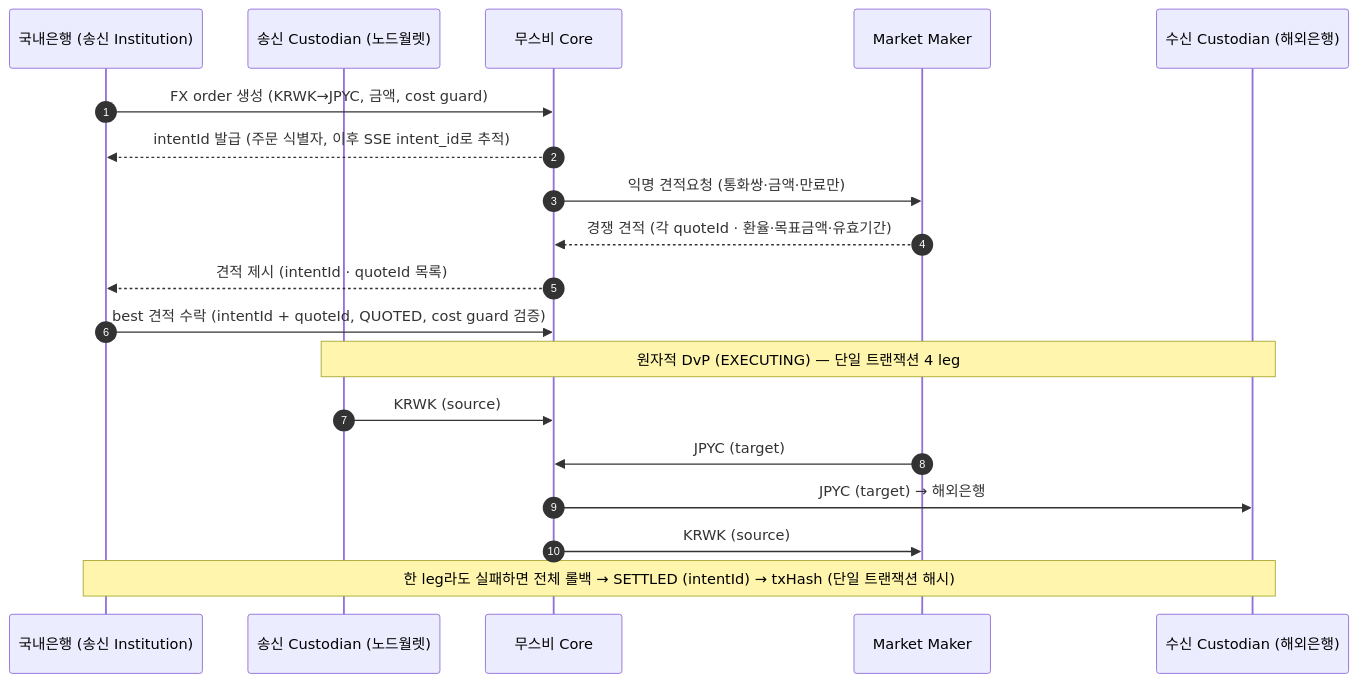
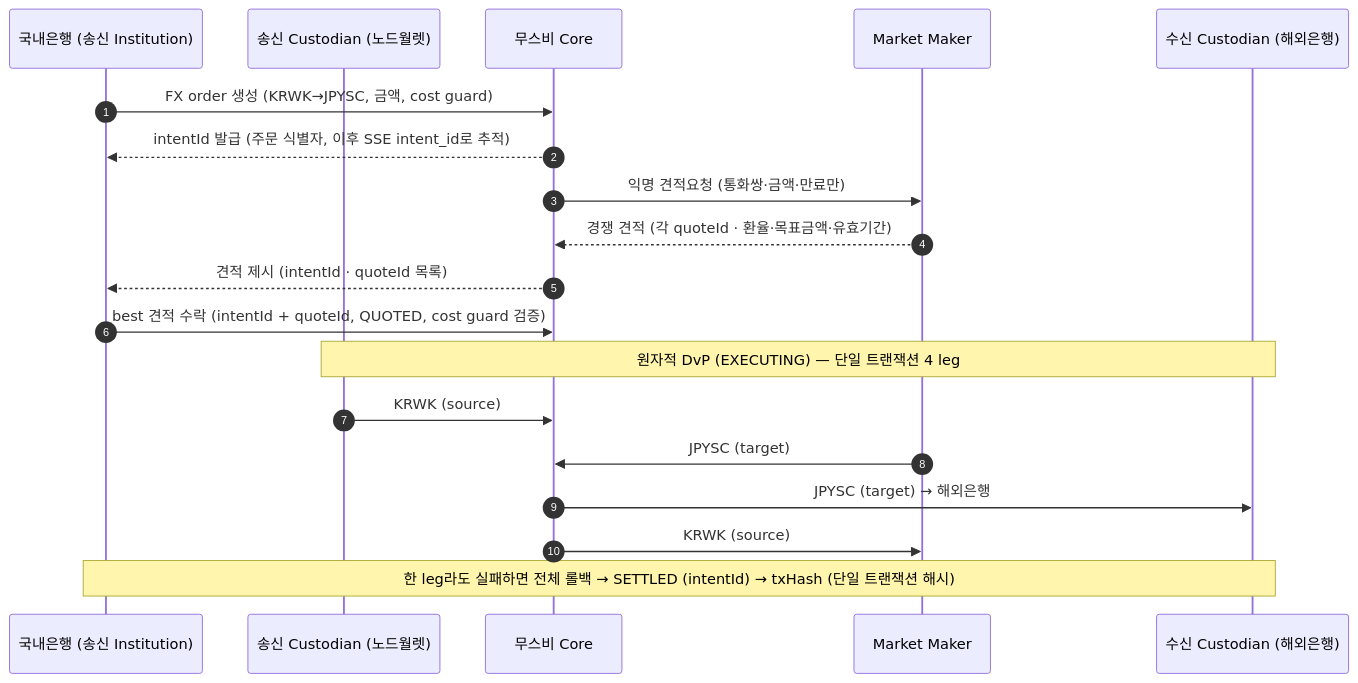
Before and after one commit to eunsujeo/canton-docs: the second of 3 diagrams in dev/docs/poc/architecture.md, drawn with Mermaid. The commit also changed other lines of this file and 5 other files, not shown here.

````diff
--- a/dev/docs/poc/architecture.md
+++ b/dev/docs/poc/architecture.md
@@ -70,21 +70,21 @@
 ```mermaid
 sequenceDiagram
     autonumber
     participant I as 국내은행 (송신 Institution)
     participant SC as 송신 Custodian (노드월렛)
     participant V as 무스비 Core
     participant MM as Market Maker
     participant RC as 수신 Custodian (해외은행)
-    I->>V: FX order 생성 (KRWK→JPYC, 금액, cost guard)
+    I->>V: FX order 생성 (KRWK→JPYSC, 금액, cost guard)
     V-->>I: intentId 발급 (주문 식별자, 이후 SSE intent_id로 추적)
     V->>MM: 익명 견적요청 (통화쌍·금액·만료만)
     MM-->>V: 경쟁 견적 (각 quoteId · 환율·목표금액·유효기간)
     V-->>I: 견적 제시 (intentId · quoteId 목록)
     I->>V: best 견적 수락 (intentId + quoteId, QUOTED, cost guard 검증)
     Note over SC,RC: 원자적 DvP (EXECUTING) — 단일 트랜잭션 4 leg
     SC->>V: KRWK (source)
-    MM->>V: JPYC (target)
-    V->>RC: JPYC (target) → 해외은행
+    MM->>V: JPYSC (target)
+    V->>RC: JPYSC (target) → 해외은행
     V->>MM: KRWK (source)
     Note over I,RC: 한 leg라도 실패하면 전체 롤백 → SETTLED (intentId) → txHash (단일 트랜잭션 해시)
 ```
````
